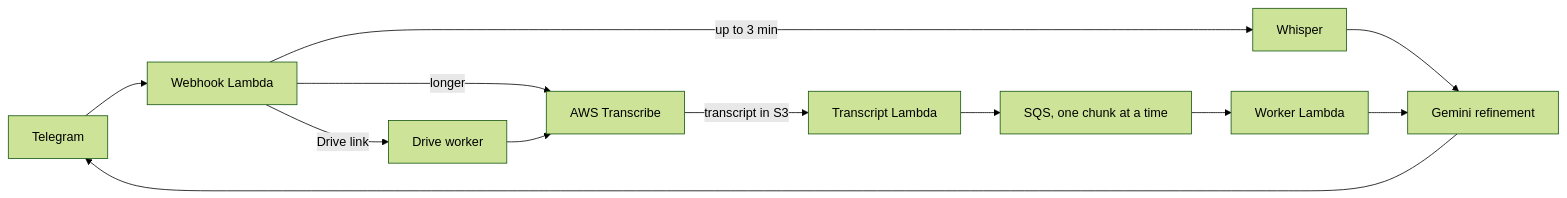
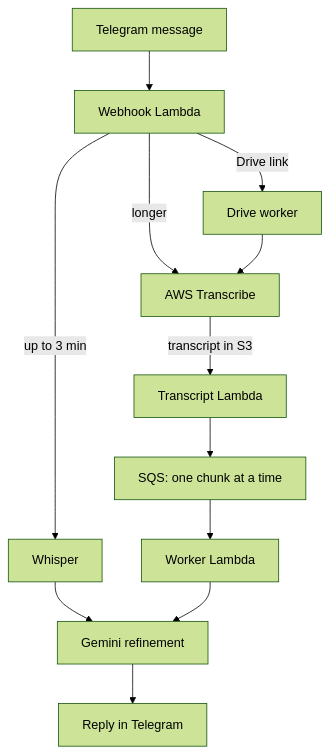
Before and after one commit to v-umanskiy/transcribe-bot: the diagram in README.md, drawn with Mermaid (forest theme).

````diff
--- a/README.md
+++ b/README.md
@@ -11,13 +11,14 @@
 ```mermaid
-flowchart LR
-    U[Telegram] --> W[Webhook Lambda]
+flowchart TD
+    U[Telegram message] --> W[Webhook Lambda]
     W -->|up to 3 min| WH[Whisper]
     W -->|longer| AT[AWS Transcribe]
-    W -->|Drive link| DW[Drive worker] --> AT
+    W -->|Drive link| DW[Drive worker]
+    DW --> AT
     AT -->|transcript in S3| TL[Transcript Lambda]
-    TL --> Q[SQS, one chunk at a time]
+    TL --> Q[SQS: one chunk at a time]
     Q --> WK[Worker Lambda]
     WH --> G[Gemini refinement]
     WK --> G
-    G --> U
+    G --> R[Reply in Telegram]
 ```
````
